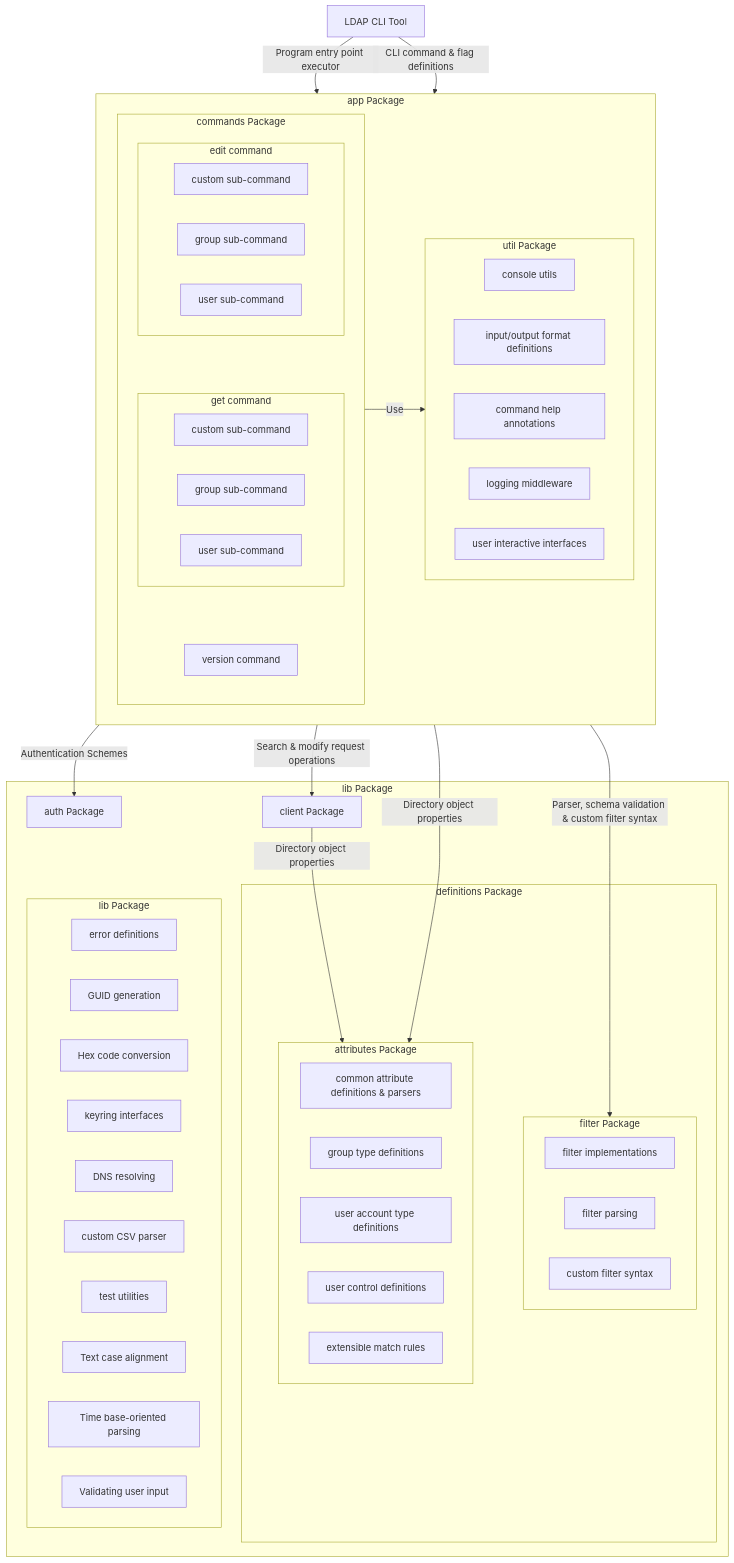
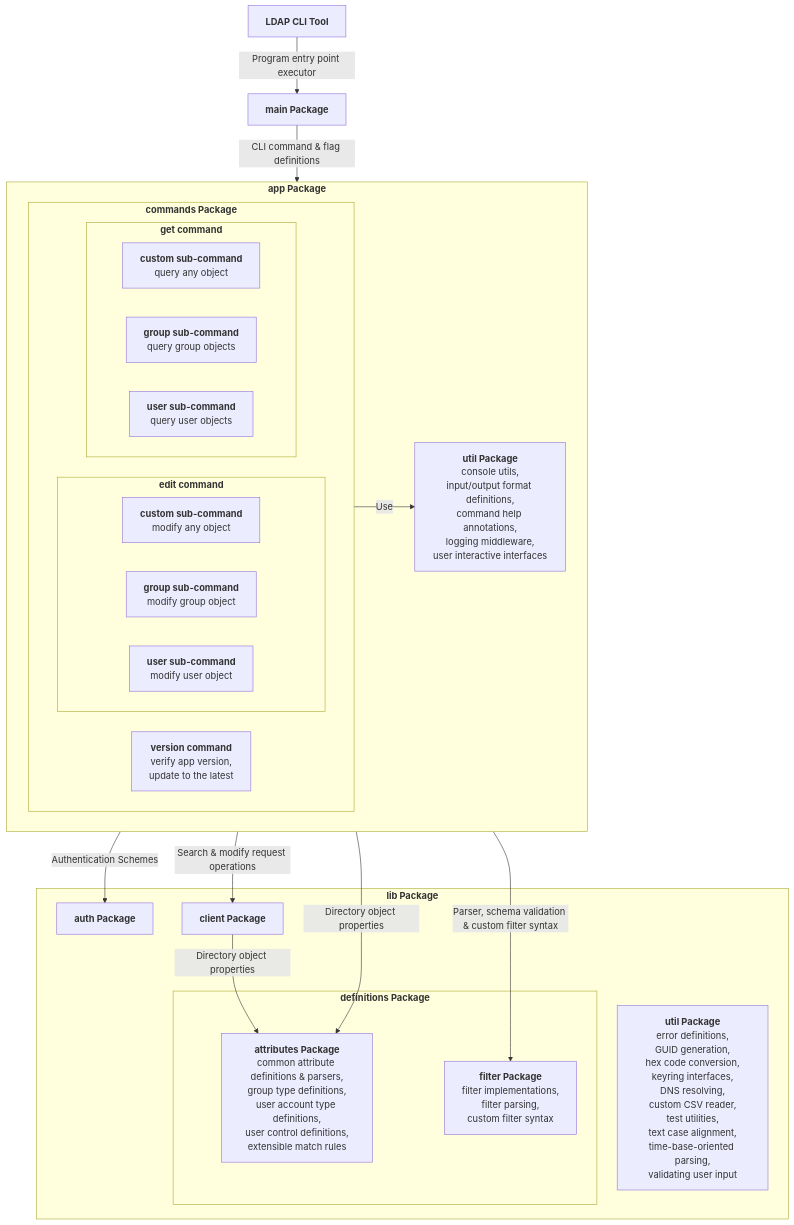
The diagram in README.md (sarumaj/ldap-cli), drawn with Mermaid before and after one commit.

Commit message:
review mermaid chart

````diff
--- a/README.md
+++ b/README.md
@@ -234,73 +234,93 @@
 ```mermaid
 graph TB
-    CLI_Tool[LDAP CLI Tool] -->|Program entry point executor| App
-    CLI_Tool -->|CLI command & flag definitions| App
+    CLI_Tool["`**LDAP CLI Tool**`"] -->|Program entry point executor| Main["`**main Package**`"]
+    Main -->|CLI command & flag definitions| App
     App -->|Authentication Schemes| Auth
     App -->|Search & modify request operations| Client
     Client -->|Directory object properties| Attributes
     App -->|Directory object properties| Attributes
     App -->|Parser, schema validation & custom filter syntax| Filter
-    subgraph Lib[lib Package]
-        Auth[auth Package]
-        Client[client Package]
-        Definitions[definitions Package]
-        UtilLib[util Package]
+    subgraph Lib["`**lib Package**`"]
+        Auth["`**auth Package**`"]
+        Client["`**client Package**`"]
+        Definitions["`**definitions Package**`"]
+        UtilLib["`
+            **util Package**
+            error definitions,
+            GUID generation,
+            hex code conversion,
+            keyring interfaces,
+            DNS resolving,
+            custom CSV reader,
+            test utilities,
+            text case alignment,
+            time-base-oriented parsing,
+            validating user input
+        `"]
     end
-    subgraph App[app Package]
-        Commands[commands Package]
-        UtilApp[util Package]
+    subgraph App["`**app Package**`"]
+        Commands["`**commands Package**`"]
+        UtilApp["`
+            **util Package**
+            console utils,
+            input/output format definitions,
+            command help annotations,
+            logging middleware,
+            user interactive interfaces
+        `"]
         Commands -->|Use| UtilApp
     end
-    subgraph Definitions[definitions Package]
-        Attributes[attributes Package]
-        Filter[filter Package]
+    subgraph Definitions["`**definitions Package**`"]
+        Attributes["`
+            **attributes Package**
+            common attribute definitions & parsers,
+            group type definitions,
+            user account type definitions,
+            user control definitions,
+            extensible match rules
+        `"]
+        Filter["`
+            **filter Package**
+            filter implementations,
+            filter parsing,
+            custom filter syntax
+        `"]
     end
-    subgraph Commands[commands Package]
-        EditCmd[edit command]
-        GetCmd[get command]
-        VersionCmd[version command]
-        EditCmd ~~~ GetCmd
-        GetCmd ~~~ VersionCmd
+    subgraph Commands["`**commands Package**`"]
+        EditCmd["`**edit command**`"]
+        GetCmd["`**get command**`"]
+        VersionCmd["`
+            **version command**
+            verify app version,
+            update to the latest
+        `"]
     end
-    subgraph EditCmd[edit command]
-        EditCustom[custom sub-command]
-        EditGroup[group sub-command]
-        EditUser[user sub-command]
+    subgraph EditCmd["`**edit command**`"]
+        EditCustom["`
+            **custom sub-command**
+            modify any object
+        `"]
+        EditGroup["`
+            **group sub-command**
+            modify group object
+        `"]
+        EditUser["`
+            **user sub-command**
+            modify user object
+        `"]
     end
-    subgraph GetCmd[get command]
-        GetCustom[custom sub-command]
-        GetGroup[group sub-command]
-        GetUser[user sub-command]
-    end
-    subgraph UtilApp[util Package]
-        ConsoleUtils[console utils]
-        Formats[input/output format definitions]
-        HelpAnnotations[command help annotations]
-        Logger[logging middleware]
-        Survey[user interactive interfaces]
-    end
-    subgraph Filter[filter Package]
-        FilterImpl[filter implementations]
-        FilterParser[filter parsing]
-        FilterAlias[custom filter syntax]
-    end
-    subgraph Attributes[attributes Package]
-        Attribute[common attribute definitions & parsers]
-        GroupAttribute[group type definitions]
-        UserTypeAttribute[user account type definitions]
-        UserControlAttribute[user control definitions]
-        MatchingRule[extensible match rules]
-    end
-    subgraph UtilLib[lib Package]
-        Errors[error definitions]
-        Guid[GUID generation]
-        Hex[Hex code conversion]
-        Keyring[keyring interfaces]
-        Net[DNS resolving]
-        Path[custom CSV parser]
-        Test[test utilities]
-        Text[Text case alignment]
-        Time[Time base-oriented parsing]
-        Validation[Validating user input]
+    subgraph GetCmd["`**get command**`"]
+        GetCustom["`
+            **custom sub-command**
+            query any object
+        `"]
+        GetGroup["`
+            **group sub-command**
+            query group objects
+        `"]
+        GetUser["`
+            **user sub-command**
+            query user objects
+        `"]
     end
 ```
````
